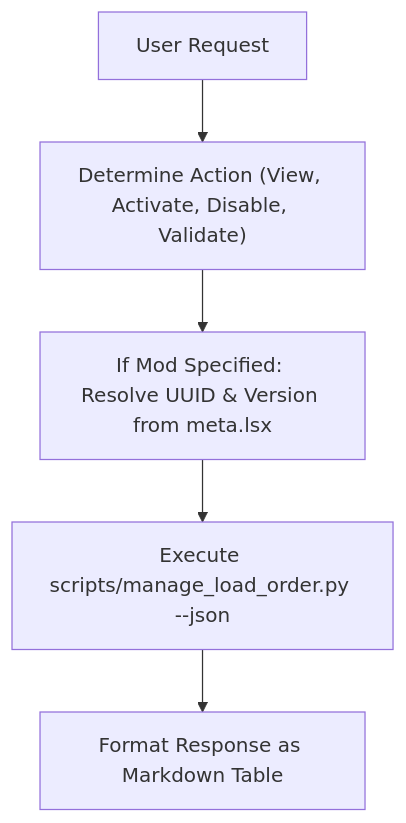
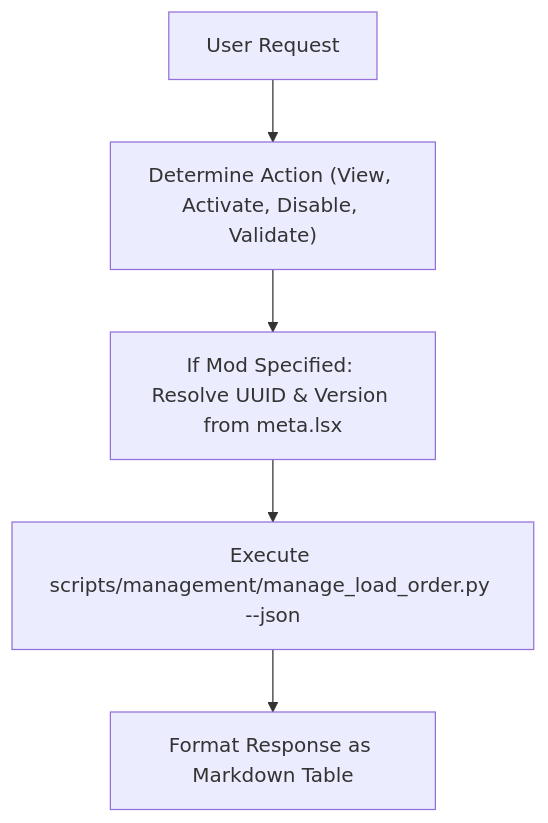
The diagram in .agents/skills/bg3_manage_load_order/SKILL.md (jpelton-stroud/bg3-mod-studio), drawn with Mermaid before and after one commit. The commit also changed other lines of this file and 101 other files, not shown here.

````diff
--- a/.agents/skills/bg3_manage_load_order/SKILL.md
+++ b/.agents/skills/bg3_manage_load_order/SKILL.md
@@ -26,7 +26,7 @@
 ```mermaid
 flowchart TD
     Trigger["User Request"] --> Parse["Determine Action (View, Activate, Disable, Validate)"]
     Parse --> ResolveMod["If Mod Specified: Resolve UUID & Version from meta.lsx"]
-    ResolveMod --> Execute["Execute scripts/manage_load_order.py --json"]
+    ResolveMod --> Execute["Execute scripts/management/manage_load_order.py --json"]
     Execute --> Format["Format Response as Markdown Table"]
 ```
````
